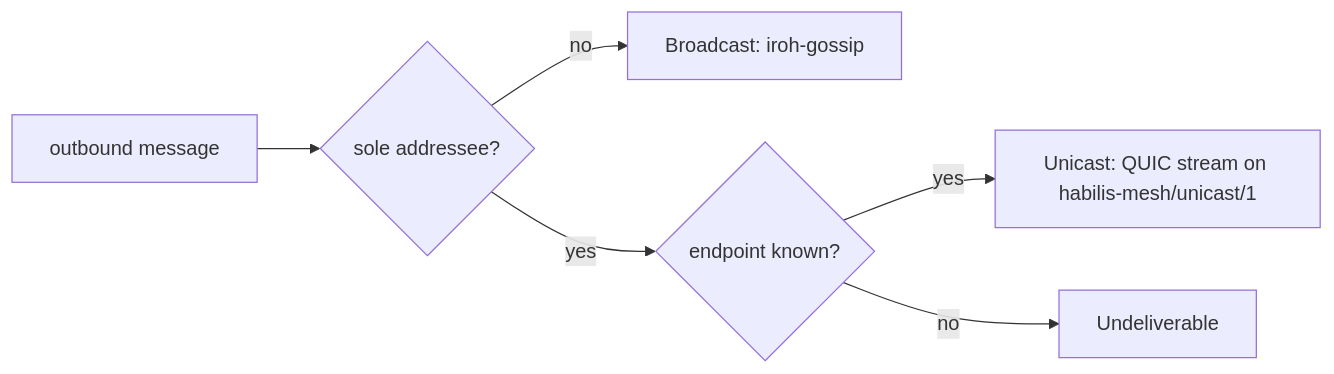
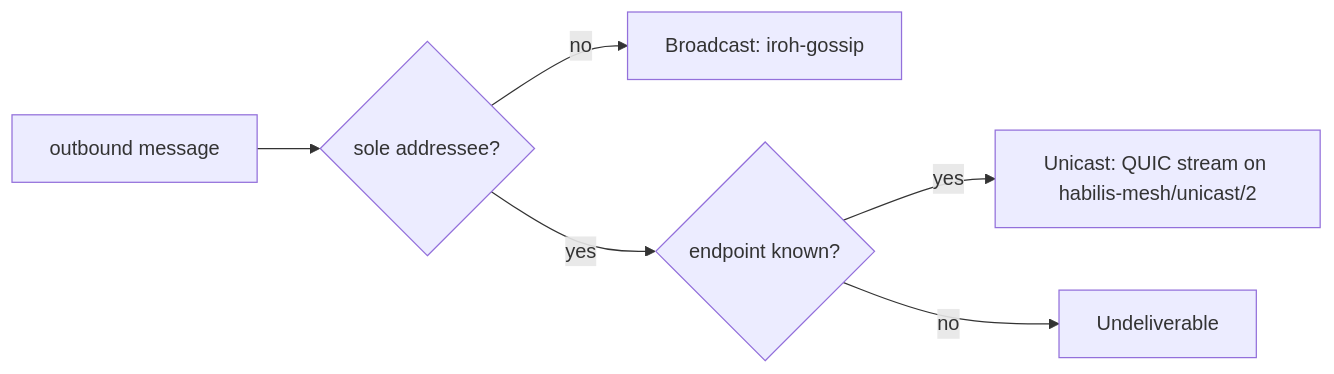
Before and after one commit to agent-habilis/habilis-network: the sixth of 10 diagrams in docs/architecture.md, drawn with Mermaid. The commit also changed 16 other files, not shown here.

````diff
--- a/docs/architecture.md
+++ b/docs/architecture.md
@@ -497,8 +497,8 @@
 ```mermaid
 flowchart LR
     M["outbound message"] --> D{"sole addressee?"}
     D -->|no| B["Broadcast: iroh-gossip"]
     D -->|yes| K{"endpoint known?"}
-    K -->|yes| UC["Unicast: QUIC stream on habilis-mesh/unicast/1"]
+    K -->|yes| UC["Unicast: QUIC stream on habilis-mesh/unicast/2"]
     K -->|no| UN["Undeliverable"]
 ```
````
